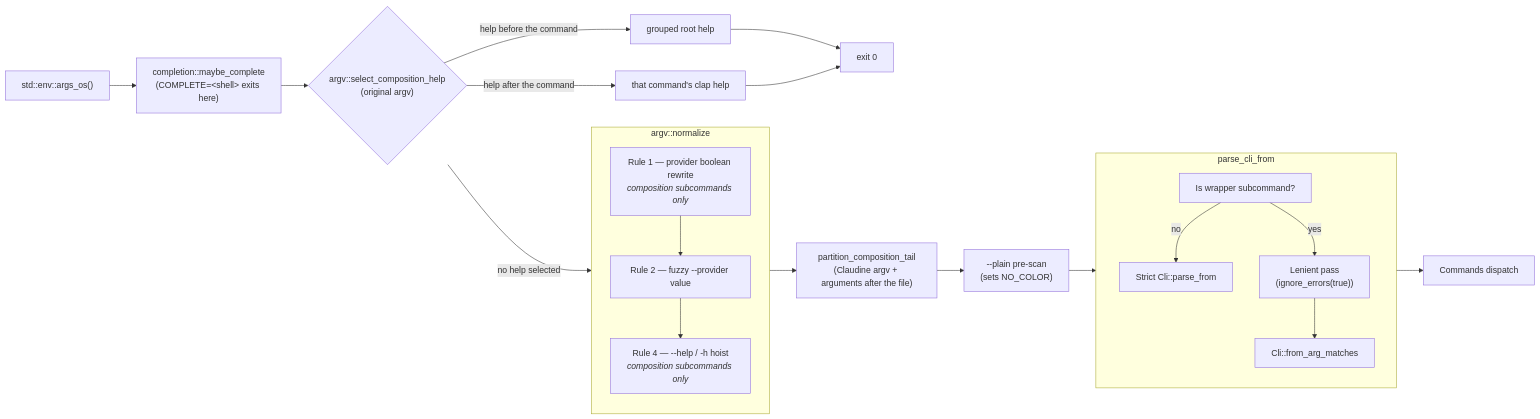
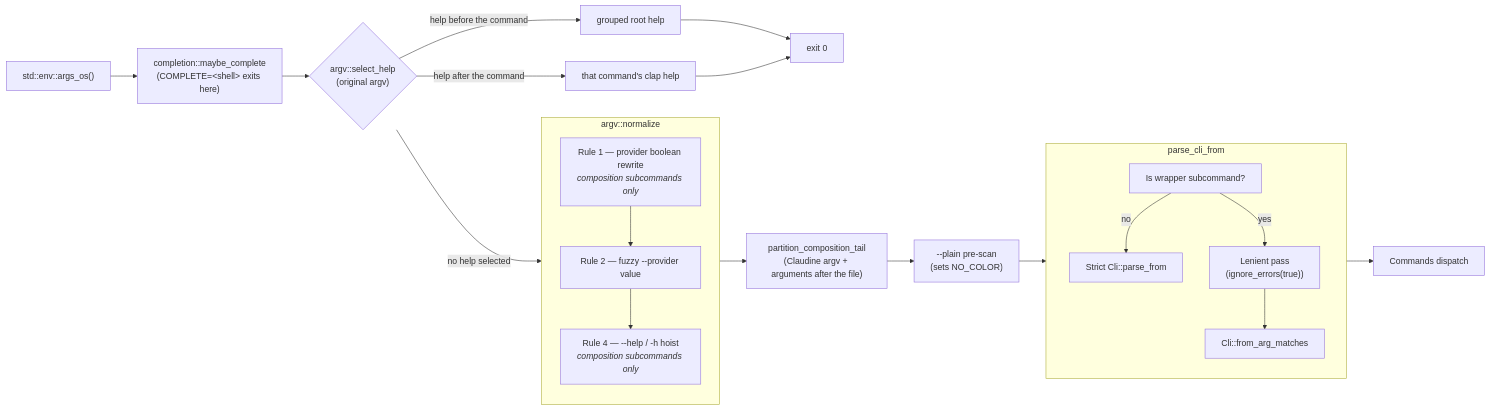
Before and after one commit to yankeeinlondon/rusty-biscuit: the diagram in claudine/docs/topics/cli-pre-parsing.md, drawn with Mermaid. The commit also changed other lines of this file and 22 other files, not shown here.

````diff
--- a/claudine/docs/topics/cli-pre-parsing.md
+++ b/claudine/docs/topics/cli-pre-parsing.md
@@ -23,30 +23,30 @@
 ```mermaid
 flowchart LR
     A["std::env::args_os()"] --> CI["completion::maybe_complete<br/>(COMPLETE=&lt;shell&gt; exits here)"]
-    CI --> H{"argv::select_composition_help<br/>(original argv)"}
+    CI --> H{"argv::select_help<br/>(original argv)"}
     H -- "help before the command" --> HR["grouped root help"]
     H -- "help after the command" --> HC["that command's clap help"]
     HR --> X["exit 0"]
     HC --> X
     H -- "no help selected" --> B["argv::normalize"]
     subgraph B["argv::normalize"]
         direction TB
         R1["Rule 1 — provider boolean rewrite<br/><i>composition subcommands only</i>"]
         R2["Rule 2 — fuzzy --provider value"]
         R4["Rule 4 — --help / -h hoist<br/><i>composition subcommands only</i>"]
         R1 --> R2 --> R4
     end
     B --> PP["partition_composition_tail<br/>(Claudine argv + arguments after the file)"]
     PP --> C["--plain pre-scan<br/>(sets NO_COLOR)"]
     C --> D["parse_cli_from"]
     subgraph D["parse_cli_from"]
         direction TB
         D1["Is wrapper subcommand?"]
         D2["Strict Cli::parse_from"]
         D3["Lenient pass<br/>(ignore_errors(true))"]
         D4["Cli::from_arg_matches"]
         D1 -- "no" --> D2
         D1 -- "yes" --> D3 --> D4
     end
     D --> E["Commands dispatch"]
 ```
````
